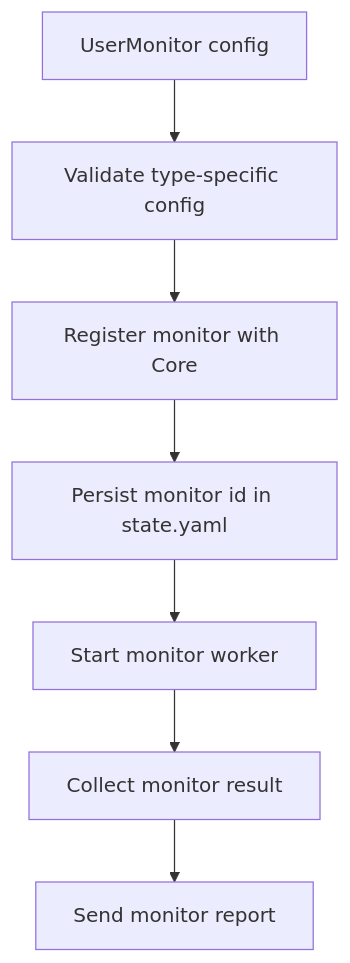
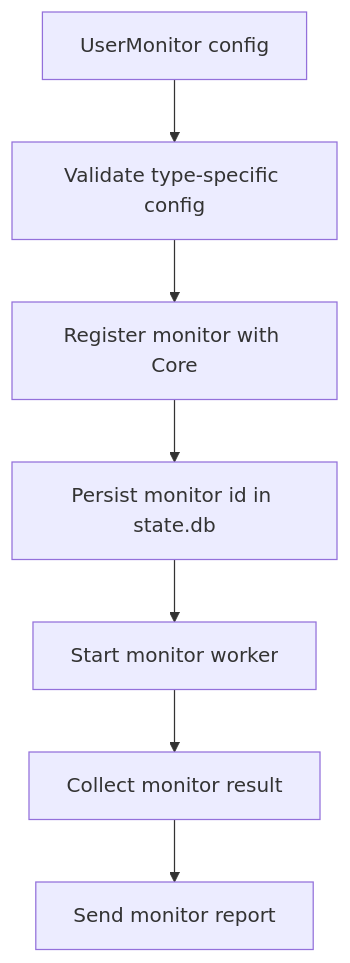
Before and after one commit to sunday-studio/orion: the first of 2 diagrams in docs/architecture/agent-monitors.md, drawn with Mermaid. The commit also changed other lines of this file and 20 other files, not shown here.

````diff
--- a/docs/architecture/agent-monitors.md
+++ b/docs/architecture/agent-monitors.md
@@ -16,9 +16,9 @@
 ```mermaid
 flowchart TD
   Config["UserMonitor config"] --> Validate["Validate type-specific config"]
   Validate --> Register["Register monitor with Core"]
-  Register --> State["Persist monitor id in state.yaml"]
+  Register --> State["Persist monitor id in state.db"]
   State --> Worker["Start monitor worker"]
   Worker --> Collect["Collect monitor result"]
   Collect --> Report["Send monitor report"]
 ```
````
